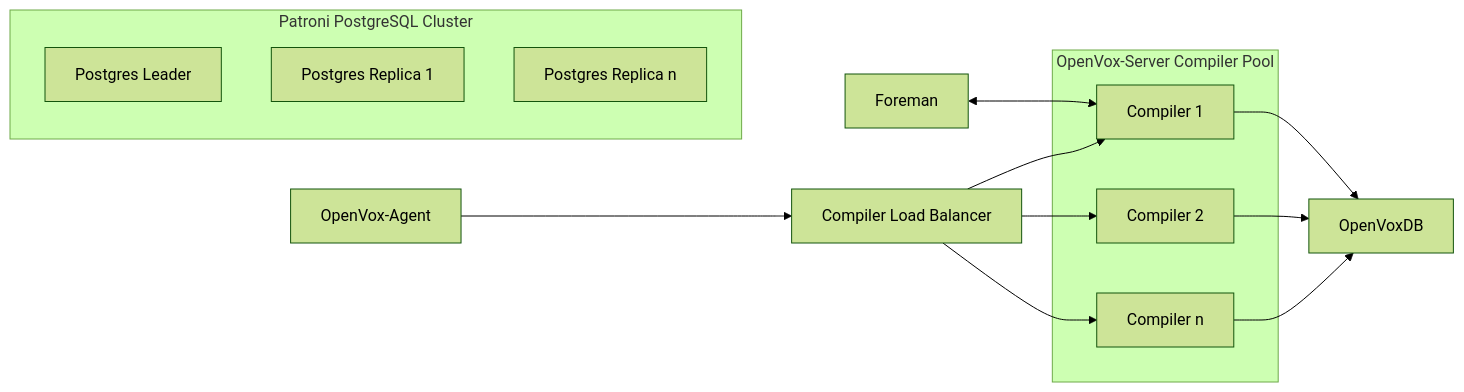
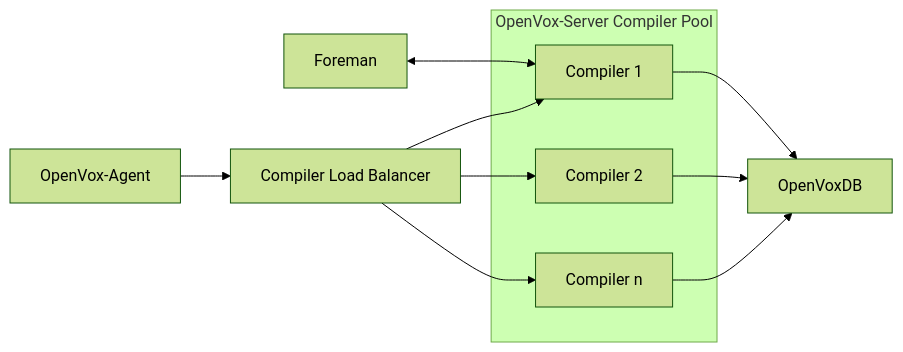
Before and after one commit to binford2k/overlookinfratech-openvox_platform: the second of 3 diagrams in README.md, drawn with Mermaid (forest theme).

Commit message:
removed extra patroni

````diff
--- a/README.md
+++ b/README.md
@@ -116,36 +116,29 @@
 ```mermaid
 %% OpenVox Agent Flow to Compiler Pool, DB Pool, and Patroni
 graph LR
 %% Agents
 OVAgent[OpenVox-Agent]
 
 %% Load Balancer in front of Compiler Pool
 LB1[Compiler Load Balancer]
 
 Foreman <--> Compiler1
 subgraph CompilerPool[OpenVox-Server Compiler Pool]
     Compiler1[Compiler 1]
     Compiler2[Compiler 2]
     Compiler3[Compiler n]
 end
 
 %% Load Balancer in front of DB Pool
 OpenVoxDB[OpenVoxDB]
 
-subgraph Postgres[Patroni PostgreSQL Cluster]
-    PGLeader[Postgres Leader]
-    PGReplica1[Postgres Replica 1]
-    PGReplica2[Postgres Replica n]
-end
-
-
 %% Connections
 OVAgent --> LB1
 LB1 --> Compiler1
 LB1 --> Compiler2
 LB1 --> Compiler3
 
 Compiler1 --> OpenVoxDB
 Compiler2 --> OpenVoxDB
 Compiler3 --> OpenVoxDB
 ```
````
